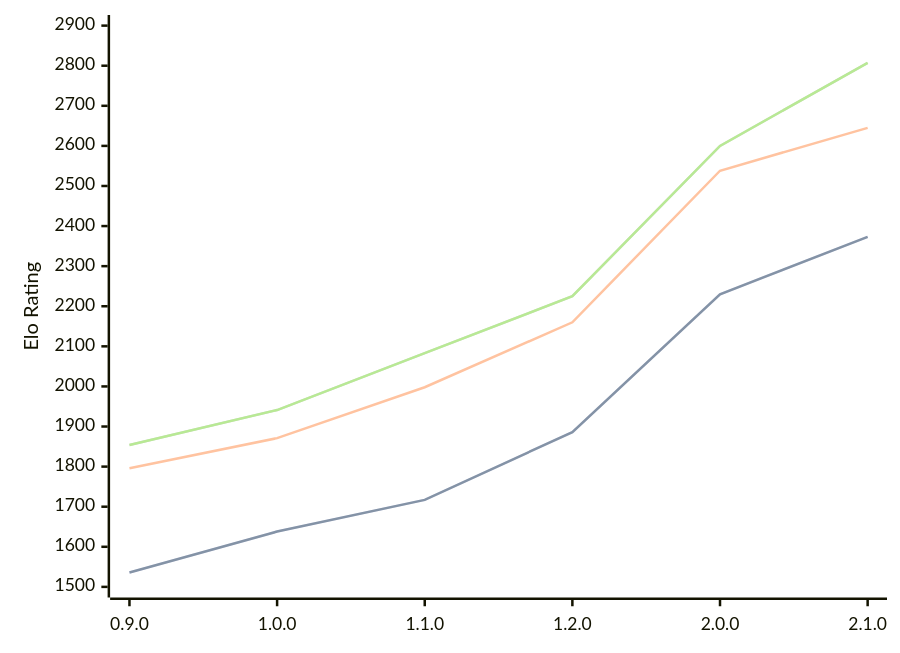
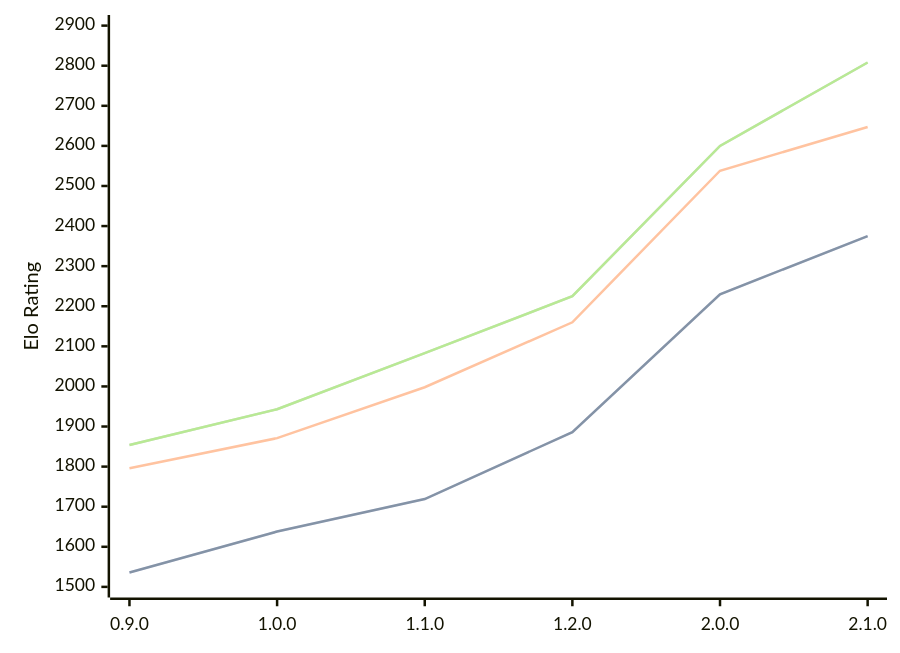
Before and after one commit to computer-chess-index/cci: the diagram in engines/Ratsu.md, drawn with Mermaid. The commit also changed other lines of this file, not shown here.

Commit message:
Update CCI Ratings (ELO VLTC) - 2026-08-05

````diff
--- a/engines/Ratsu.md
+++ b/engines/Ratsu.md
@@ -36,11 +36,11 @@
 ```mermaid
 %%{init: {"theme":"base","themeVariables":{"seriesColors:['#a3a3a3','#222221','#faa371']}}}%%
 xychart-beta
   x-axis ["0.9.0", "1.0.0", "1.1.0", "1.2.0", "2.0.0", "2.1.0"]
   y-axis "Elo Rating" 1500 --> 2900
-  line "STC (8.0+0.08s)" [1536, 1638, 1717, 1886, 2230, 2373]
-  line "STC (8.0+0.08s)" [1536, 1638, 1717, 1886, 2230, 2373]
-  line "LTC (60.0+0.60s)" [1796, 1871, 1998, 2160, 2538, 2645]
-  line "VLTC (2m24s+1.12s)" [1854, 1941, 2083, 2225, 2600, 2807]
-  line "VLTC (2m24s+1.12s)" [1854, 1941, 2083, 2225, 2600, 2807]
+  line "STC (8.0+0.08s)" [1536, 1638, 1719, 1886, 2230, 2375]
+  line "STC (8.0+0.08s)" [1536, 1638, 1719, 1886, 2230, 2375]
+  line "LTC (60.0+0.60s)" [1796, 1871, 1998, 2160, 2538, 2647]
+  line "VLTC (2m24s+1.12s)" [1854, 1943, 2083, 2225, 2600, 2808]
+  line "VLTC (2m24s+1.12s)" [1854, 1943, 2083, 2225, 2600, 2808]
 ```
````
